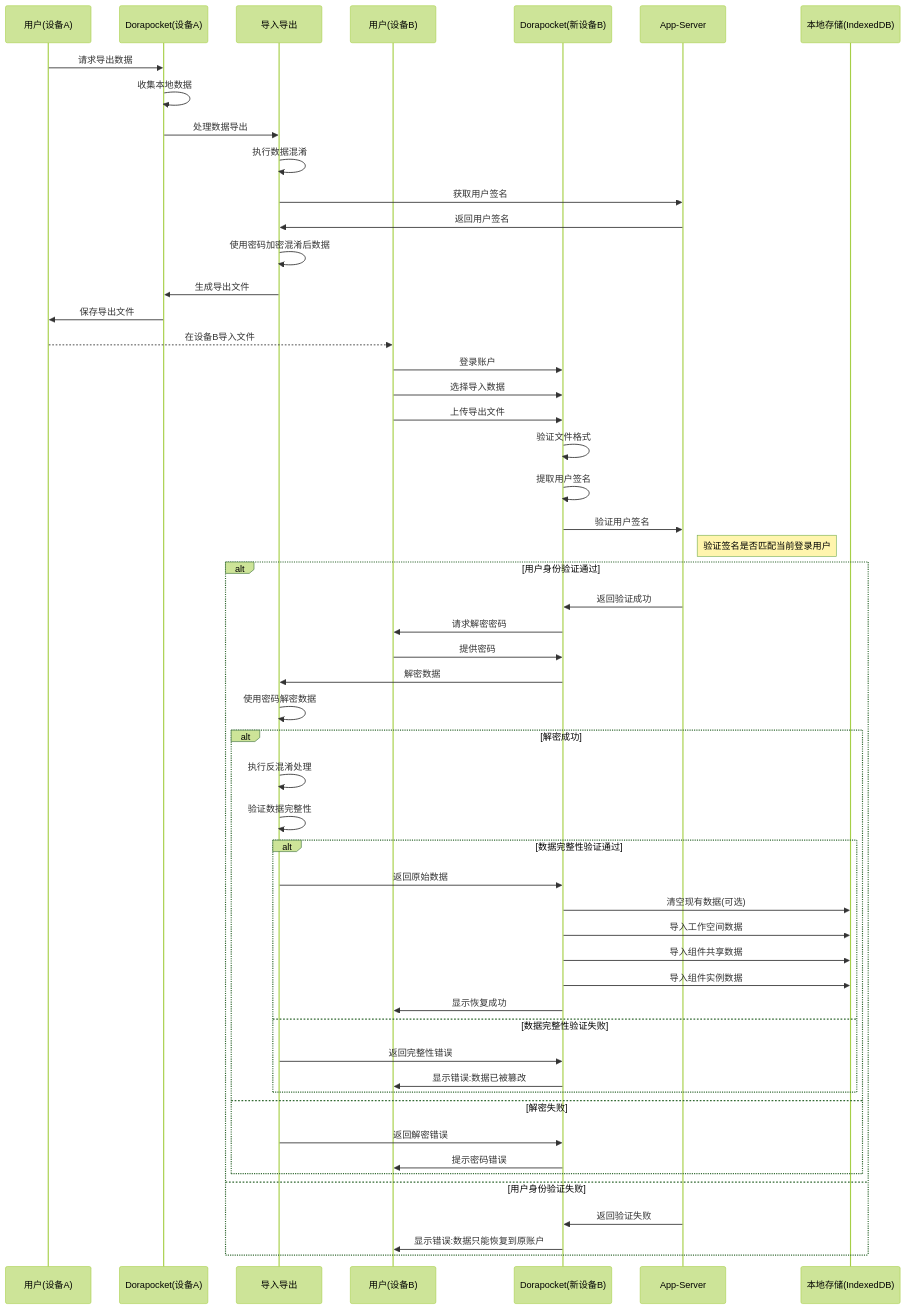
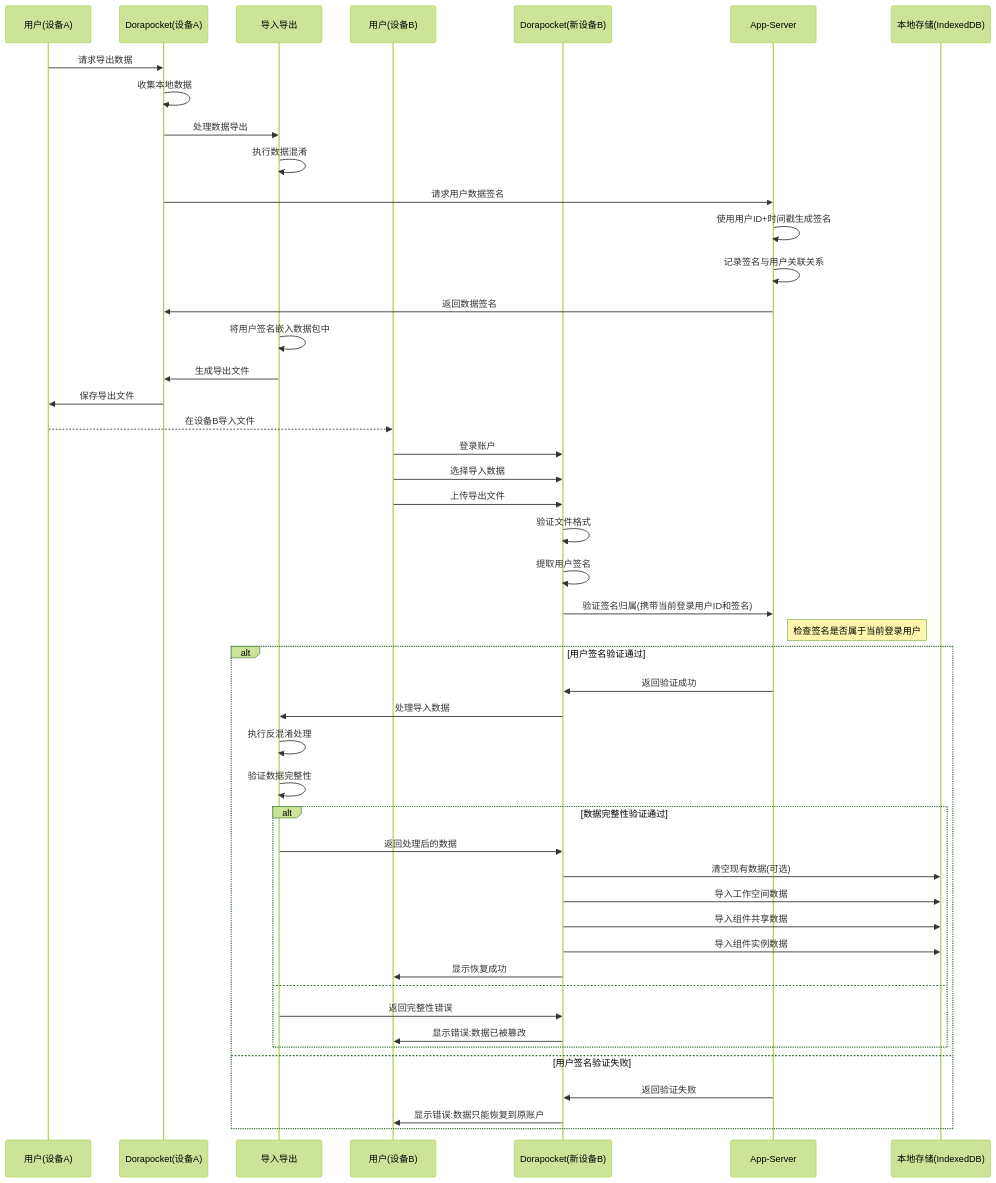
The diagram in all/未命名-38.md (yingjianzh/iodraw-files), drawn with Mermaid (forest theme) before and after one commit.

Commit message:
2025-04-21 14:19:19 update

````diff
--- a/all/未命名-38.md
+++ b/all/未命名-38.md
@@ -1,71 +1,65 @@
 ```mermaid
-
 sequenceDiagram
     participant UserOld as 用户(设备A)
     participant AppOld as Dorapocket(设备A)
     participant Security as 导入导出
     participant UserNew as 用户(设备B)
     participant AppNew as Dorapocket(新设备B)
     participant AppServer as App-Server
     participant LocalDB as 本地存储(IndexedDB)
     
     %% 导出流程
     UserOld->>AppOld: 请求导出数据
     AppOld->>AppOld: 收集本地数据
     
-    
     AppOld->>Security: 处理数据导出
     Security->>Security: 执行数据混淆
-    Security->>AppServer: 获取用户签名
-    AppServer->>Security: 返回用户签名
-    Security->>Security: 使用密码加密混淆后数据
+    
+    %% 获取用户签名
+    AppOld->>AppServer: 请求用户数据签名
+    AppServer->>AppServer: 使用用户ID+时间戳生成签名
+    AppServer->>AppServer: 记录签名与用户关联关系
+    AppServer->>AppOld: 返回数据签名
+    
+    Security->>Security: 将用户签名嵌入数据包中
     Security->>AppOld: 生成导出文件
     AppOld->>UserOld: 保存导出文件
     
     %% 传输文件(由用户完成)
     UserOld-->>UserNew: 在设备B导入文件
     
     %% 恢复流程
     UserNew->>AppNew: 登录账户
     UserNew->>AppNew: 选择导入数据
     UserNew->>AppNew: 上传导出文件
     
     AppNew->>AppNew: 验证文件格式
     AppNew->>AppNew: 提取用户签名
     
-    AppNew->>AppServer: 验证用户签名
-    note right of AppServer: 验证签名是否匹配当前登录用户
+    %% 验证用户签名
+    AppNew->>AppServer: 验证签名归属(携带当前登录用户ID和签名)
+    note right of AppServer: 检查签名是否属于当前登录用户
     
-    alt 用户身份验证通过
+    alt 用户签名验证通过
         AppServer->>AppNew: 返回验证成功
-        AppNew->>UserNew: 请求解密密码
-        UserNew->>AppNew: 提供密码
         
-        AppNew->>Security: 解密数据
-        Security->>Security: 使用密码解密数据
+        AppNew->>Security: 处理导入数据
+        Security->>Security: 执行反混淆处理
+        Security->>Security: 验证数据完整性
         
-        alt 解密成功
-            Security->>Security: 执行反混淆处理
-            Security->>Security: 验证数据完整性
-            
-            alt 数据完整性验证通过
-                Security->>AppNew: 返回原始数据
-                AppNew->>LocalDB: 清空现有数据(可选)
-                AppNew->>LocalDB: 导入工作空间数据
-                AppNew->>LocalDB: 导入组件共享数据
-                AppNew->>LocalDB: 导入组件实例数据
-                AppNew->>UserNew: 显示恢复成功
-            else 数据完整性验证失败
-                Security->>AppNew: 返回完整性错误
-                AppNew->>UserNew: 显示错误:数据已被篡改
-            end
-        else 解密失败
-            Security->>AppNew: 返回解密错误
-            AppNew->>UserNew: 提示密码错误
+        alt 数据完整性验证通过
+            Security->>AppNew: 返回处理后的数据
+            AppNew->>LocalDB: 清空现有数据(可选)
+            AppNew->>LocalDB: 导入工作空间数据
+            AppNew->>LocalDB: 导入组件共享数据
+            AppNew->>LocalDB: 导入组件实例数据
+            AppNew->>UserNew: 显示恢复成功
+        else
+            Security->>AppNew: 返回完整性错误
+            AppNew->>UserNew: 显示错误:数据已被篡改
         end
-    else 用户身份验证失败
+    else 用户签名验证失败
         AppServer->>AppNew: 返回验证失败
         AppNew->>UserNew: 显示错误:数据只能恢复到原账户
     end
-
 ```
````
